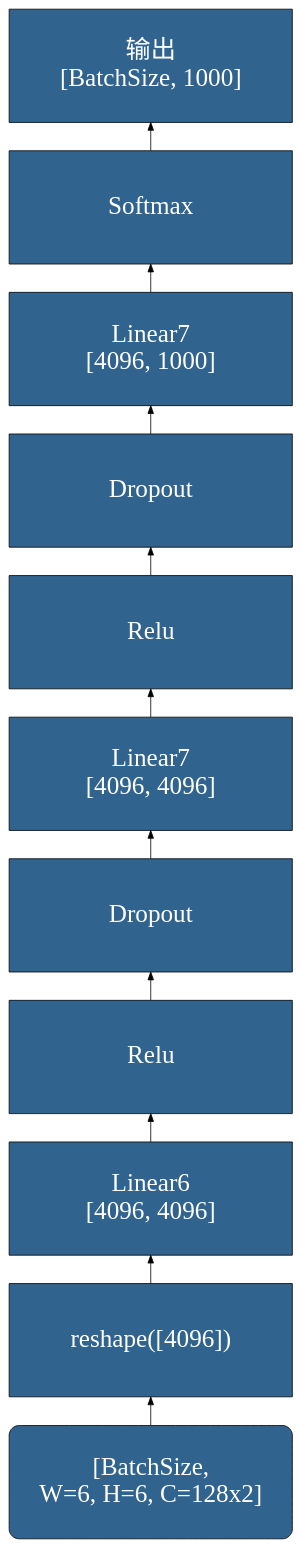
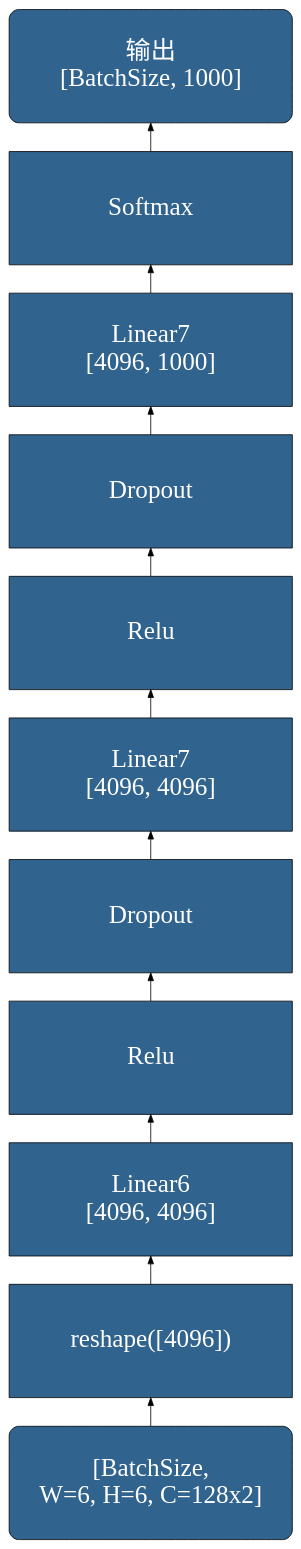
One commit to OpenDocCN/python-code-anls changed the diagram in docs/basic_dl_arch/3_3_5_alexnet_l678.dot. Above: the diagram before and after it, drawn with Graphviz. The commit also changed 2 other files, not shown here.

```diff
--- a/docs/basic_dl_arch/3_3_5_alexnet_l678.dot
+++ b/docs/basic_dl_arch/3_3_5_alexnet_l678.dot
@@ -1,30 +1,30 @@
 digraph AlexNetL678 {
 	rankdir=BT
     node [
 		style=filled, 
 		color=Black
 		fontcolor=White, 
 		fillcolor="#30638e", 
 		fontname="SimHei",
 		fontsize=32,
 		width=5, height=2,
 		shape="box",
 	]
 
 
     featmap52 [label="[BatchSize,\nW=6, H=6, C=128x2]", shape="Mrecord"]
     reshape [label="reshape([4096])"]
     linear6 [label="Linear6\n[4096, 4096]"]
     relu6 [label="Relu"]
     dropout6 [label="Dropout"]
     linear7 [label="Linear7\n[4096, 4096]"]
     relu7 [label="Relu"]
     dropout7 [label="Dropout"]
     linear8 [label="Linear7\n[4096, 1000]"]
     softmax [label="Softmax"]
-    oup [label="输出\n[BatchSize, 1000]"]
+    oup [label="输出\n[BatchSize, 1000]", shape="Mrecord"]
 
     featmap52 -> reshape -> linear6 -> relu6 -> dropout6 ->
         linear7 -> relu7 -> dropout7 -> linear8 -> softmax -> oup
 
 }
```
